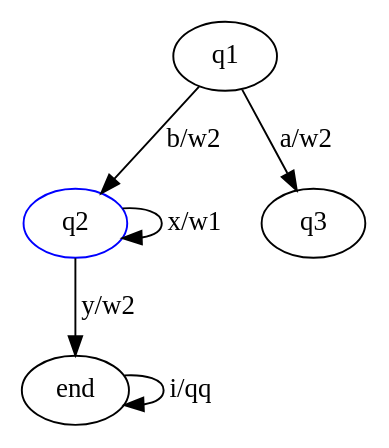
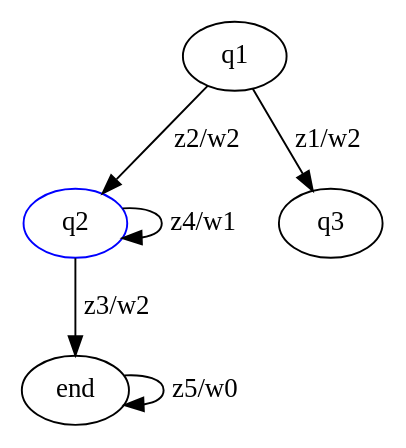
One commit to rfldxx/MCSTask changed the diagram in 01/data/mealy.dot. Above: the diagram before and after it, drawn with Graphviz. The commit also changed 5 other files, not shown here.

```diff
--- a/01/data/mealy.dot
+++ b/01/data/mealy.dot
@@ -1,9 +1,9 @@
 digraph G {
   q2 [color="blue"]
 
-  q1 -> q3 [label="a/w2"]
-  q1 -> q2 [label="b/w2"]
-  q2 -> q2 [label="x/w1"]
-  q2 -> end [label="y/w2"]
-  end -> end [label="i/qq"]
+  q1 -> q3 [label="z1/w2"]
+  q1 -> q2 [label="z2/w2"]
+  q2 -> end [label="z3/w2"]
+  q2 -> q2 [label="z4/w1"]
+  end -> end [label="z5/w0"]
 }
```
